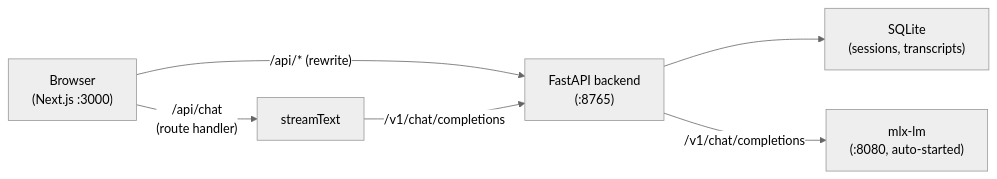
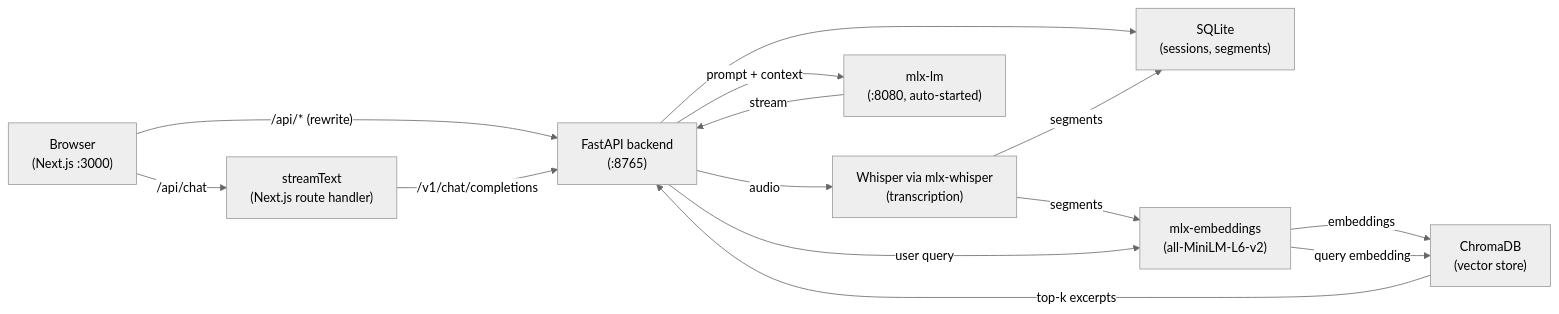
The diagram in README.md (omoshiroi-ai/local-meeting-assistant), drawn with Mermaid (neutral theme) before and after one commit. The commit also changed other lines of this file, not shown here.

````diff
--- a/README.md
+++ b/README.md
@@ -7,11 +7,29 @@
 ```mermaid
 graph LR
     Browser["Browser<br/>(Next.js :3000)"]
+    FastAPI["FastAPI backend<br/>(:8765)"]
+    SQLite["SQLite<br/>(sessions, segments)"]
+    ChromaDB["ChromaDB<br/>(vector store)"]
+    Whisper["Whisper via mlx-whisper<br/>(transcription)"]
+    Embed["mlx-embeddings<br/>(all-MiniLM-L6-v2)"]
+    LLM["mlx-lm<br/>(:8080, auto-started)"]
+    StreamText["streamText<br/>(Next.js route handler)"]
 
-    Browser -- "/api/* (rewrite)" --> FastAPI["FastAPI backend<br/>(:8765)"]
-    FastAPI --> SQLite["SQLite<br/>(sessions, transcripts)"]
-    FastAPI -- "/v1/chat/completions" --> MLX["mlx-lm<br/>(:8080, auto-started)"]
+    Browser -- "/api/* (rewrite)" --> FastAPI
+    FastAPI --> SQLite
 
-    Browser -- "/api/chat<br/>(route handler)" --> StreamText["streamText"]
+    %% Transcription → ingest
+    FastAPI -- "audio" --> Whisper
+    Whisper -- "segments" --> SQLite
+    Whisper -- "segments" --> Embed
+    Embed -- "embeddings" --> ChromaDB
+
+    %% Chat with RAG
+    Browser -- "/api/chat" --> StreamText
     StreamText -- "/v1/chat/completions" --> FastAPI
+    FastAPI -- "user query" --> Embed
+    Embed -- "query embedding" --> ChromaDB
+    ChromaDB -- "top-k excerpts" --> FastAPI
+    FastAPI -- "prompt + context" --> LLM
+    LLM -- "stream" --> FastAPI
 ```
````
